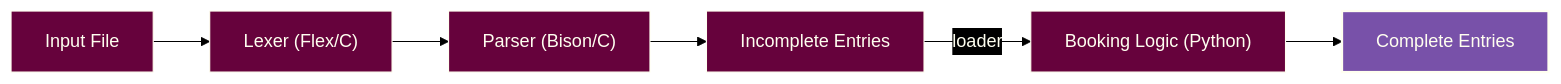
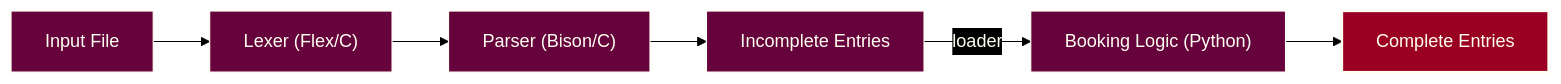
Before and after one commit to ryanduguid/beancount: the diagram in beancount/parser/docs.md, drawn with Mermaid. The commit also changed 2 other files, not shown here.

Commit message:
docs: match Mermaid accents to website palette (#6)
Replace #7851A9 with #990024 in Mermaid diagrams.

````diff
--- a/beancount/parser/docs.md
+++ b/beancount/parser/docs.md
@@ -11,10 +11,10 @@
 ```mermaid
 graph LR
 %%{init: {"theme": "base", "look": "classic", "themeVariables": {"background": "#000000", "primaryColor": "#66023C", "primaryTextColor": "#FFFFF0", "primaryBorderColor": "#FFFFF0", "lineColor": "#000000", "textColor": "#FFFFF0", "edgeLabelBackground": "#000000", "clusterBkg": "#000000", "clusterBorder": "#FFFFF0", "titleColor": "#FFFFF0"}, "themeCSS": ".flowchart-link, .relationshipLine, marker path { filter: drop-shadow(0px 1px 0px #FFFFF0) drop-shadow(0px -1px 0px #FFFFF0) drop-shadow(1px 0px 0px #FFFFF0) drop-shadow(-1px 0px 0px #FFFFF0); }"}}%%
     Input[Input File] --> Lexer
     Lexer["Lexer (Flex/C)"] --> Parser
     Parser["Parser (Bison/C)"] --> Incomplete[Incomplete Entries]
     Incomplete -->|loader| Booking["Booking Logic (Python)"]
     Booking --> Complete[Complete Entries]
-    style Complete fill:#7851A9,stroke:#FFFFF0,stroke-width:2px,color:#FFFFF0
+    style Complete fill:#990024,stroke:#FFFFF0,stroke-width:2px,color:#FFFFF0
 ```
````
